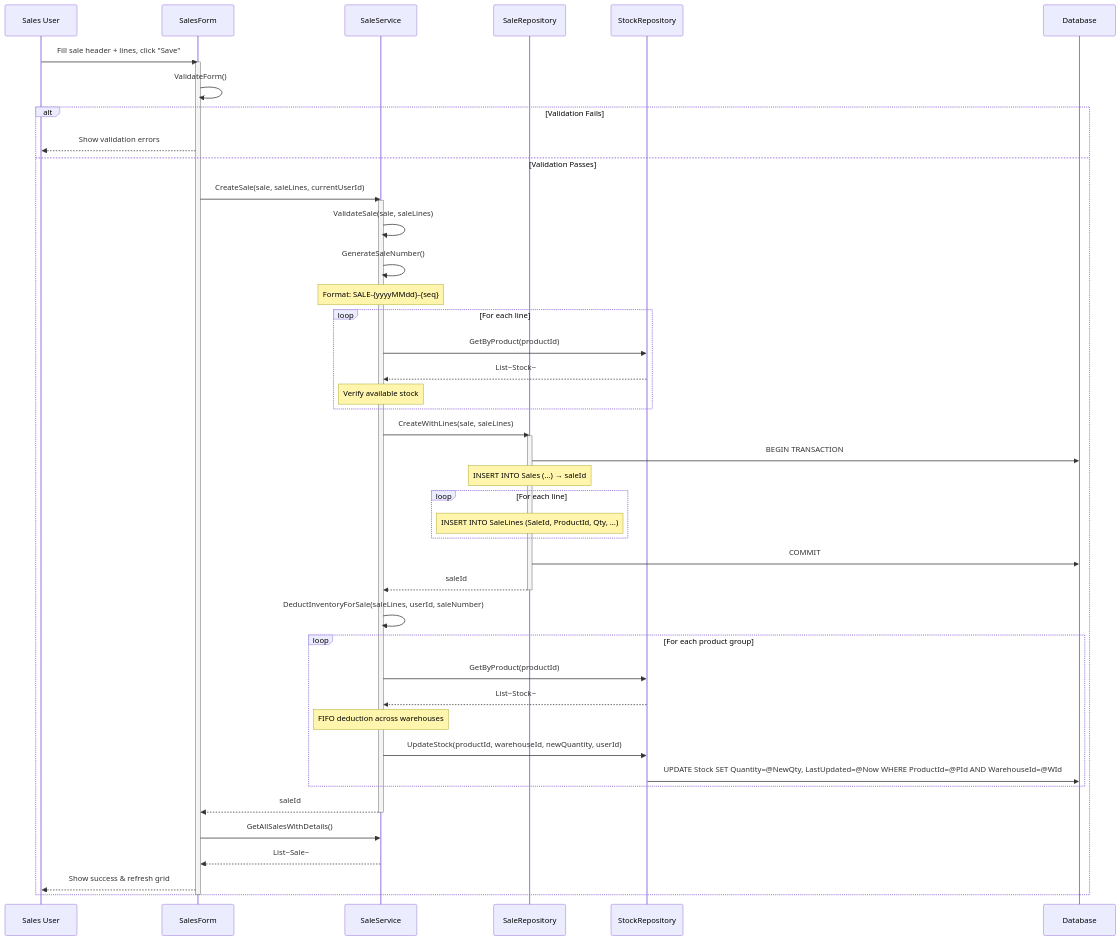
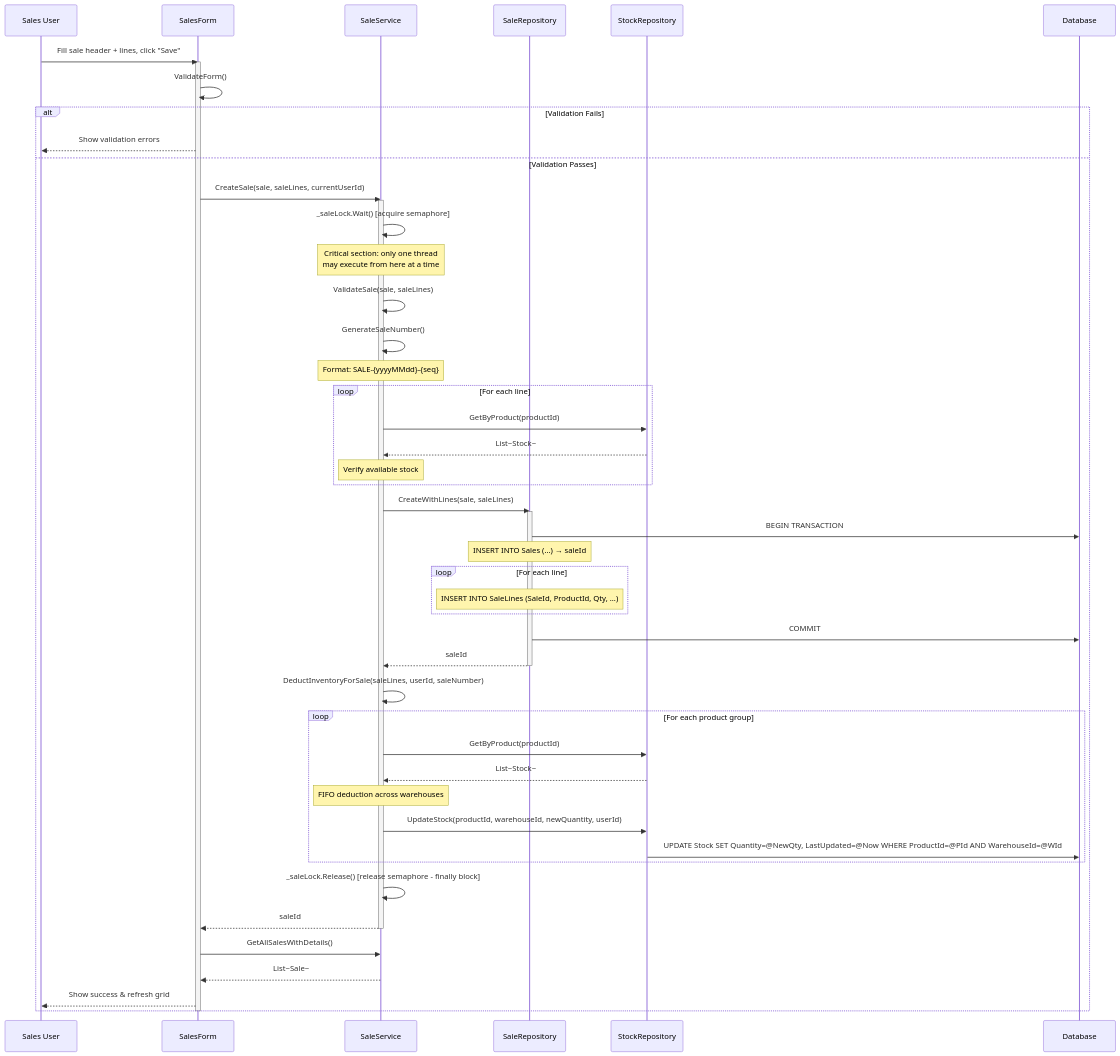
One commit to nahuk86/tp_diploma_nk_2026 changed the first of 13 diagrams in Documentation/UML_Diagrams/06_Sales_Management_Process_Sequence_Diagram.md. Above: the diagram before and after it, drawn with Mermaid. The commit also changed other lines of this file and 3 other files, not shown here.

Commit message:
Update UML diagrams to reflect SemaphoreSlim concurrency change in SaleService

````diff
--- a/Documentation/UML_Diagrams/06_Sales_Management_Process_Sequence_Diagram.md
+++ b/Documentation/UML_Diagrams/06_Sales_Management_Process_Sequence_Diagram.md
@@ -9,51 +9,54 @@
 ```mermaid
 sequenceDiagram
     participant User as Sales User
     participant UI as SalesForm
     participant SaleSvc as SaleService
     participant SaleRepo as SaleRepository
     participant StockRepo as StockRepository
     participant DB as Database
 
     User->>UI: Fill sale header + lines, click "Save"
     activate UI
     UI->>UI: ValidateForm()
     alt Validation Fails
         UI-->>User: Show validation errors
     else Validation Passes
         UI->>SaleSvc: CreateSale(sale, saleLines, currentUserId)
         activate SaleSvc
+        SaleSvc->>SaleSvc: _saleLock.Wait() [acquire semaphore]
+        Note over SaleSvc: Critical section: only one thread<br/>may execute from here at a time
         SaleSvc->>SaleSvc: ValidateSale(sale, saleLines)
         SaleSvc->>SaleSvc: GenerateSaleNumber()
         Note over SaleSvc: Format: SALE-{yyyyMMdd}-{seq}
         loop For each line
             SaleSvc->>StockRepo: GetByProduct(productId)
             StockRepo-->>SaleSvc: List~Stock~
             Note over SaleSvc: Verify available stock
         end
         SaleSvc->>SaleRepo: CreateWithLines(sale, saleLines)
         activate SaleRepo
         SaleRepo->>DB: BEGIN TRANSACTION
         Note over SaleRepo: INSERT INTO Sales (...) → saleId
         loop For each line
             Note over SaleRepo: INSERT INTO SaleLines (SaleId, ProductId, Qty, ...)
         end
         SaleRepo->>DB: COMMIT
         SaleRepo-->>SaleSvc: saleId
         deactivate SaleRepo
         SaleSvc->>SaleSvc: DeductInventoryForSale(saleLines, userId, saleNumber)
         loop For each product group
             SaleSvc->>StockRepo: GetByProduct(productId)
             StockRepo-->>SaleSvc: List~Stock~
             Note over SaleSvc: FIFO deduction across warehouses
             SaleSvc->>StockRepo: UpdateStock(productId, warehouseId, newQuantity, userId)
             StockRepo->>DB: UPDATE Stock SET Quantity=@NewQty, LastUpdated=@Now WHERE ProductId=@PId AND WarehouseId=@WId
         end
+        SaleSvc->>SaleSvc: _saleLock.Release() [release semaphore - finally block]
         SaleSvc-->>UI: saleId
         deactivate SaleSvc
         UI->>SaleSvc: GetAllSalesWithDetails()
         SaleSvc-->>UI: List~Sale~
         UI-->>User: Show success & refresh grid
     end
     deactivate UI
 ```
````
